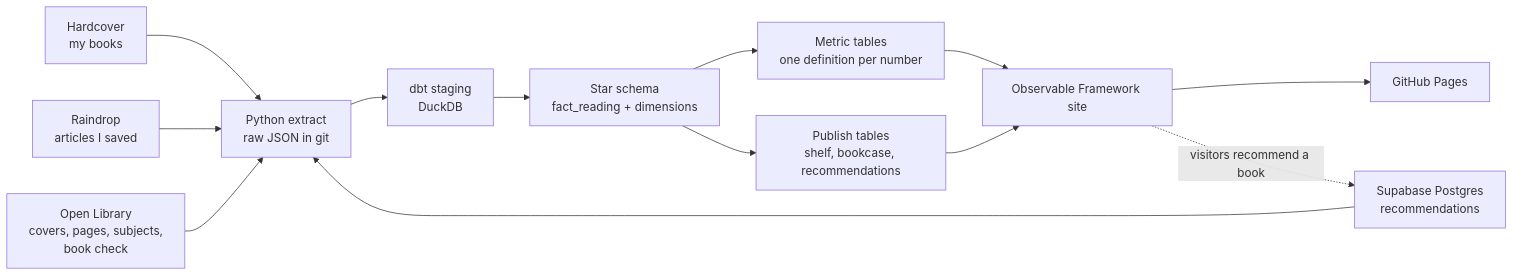
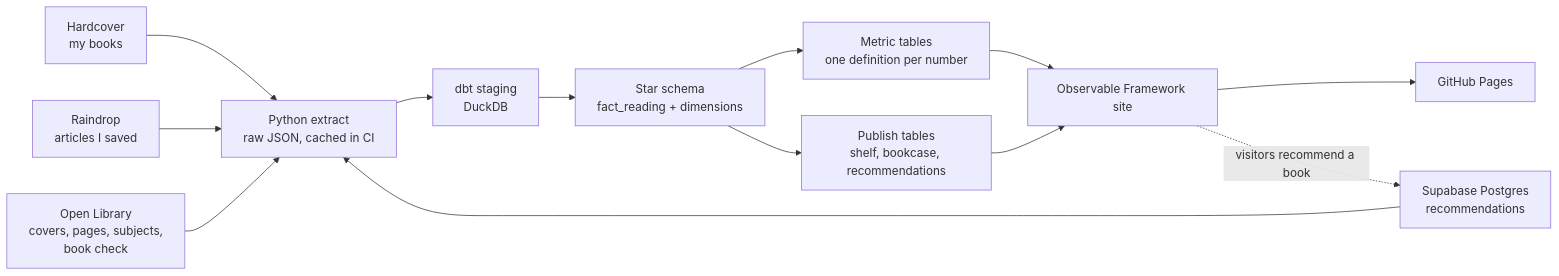
One commit to surbhi-bhor/reading-library changed the diagram in README.md. Above: the diagram before and after it, drawn with Mermaid. The commit also changed other lines of this file and 9 other files, not shown here.

First line of the commit message:
ci: keep raw data out of the repo, cache the last good extract instead

````diff
--- a/README.md
+++ b/README.md
@@ -11,15 +11,15 @@
 ```mermaid
 flowchart LR
-  HC["Hardcover<br>my books"] --> EX["Python extract<br>raw JSON in git"]
+  HC["Hardcover<br>my books"] --> EX["Python extract<br>raw JSON, cached in CI"]
   RD["Raindrop<br>articles I saved"] --> EX
   SB["Supabase Postgres<br>recommendations"] --> EX
   OL["Open Library<br>covers, pages, subjects,<br>book check"] --> EX
   EX --> STG["dbt staging<br>DuckDB"]
   STG --> MART["Star schema<br>fact_reading + dimensions"]
   MART --> MET["Metric tables<br>one definition per number"]
   MART --> PUB["Publish tables<br>shelf, bookcase, recommendations"]
   MET --> SITE["Observable Framework site"]
   PUB --> SITE
   SITE --> GP["GitHub Pages"]
   SITE -. "visitors recommend a book" .-> SB
 ```
````
